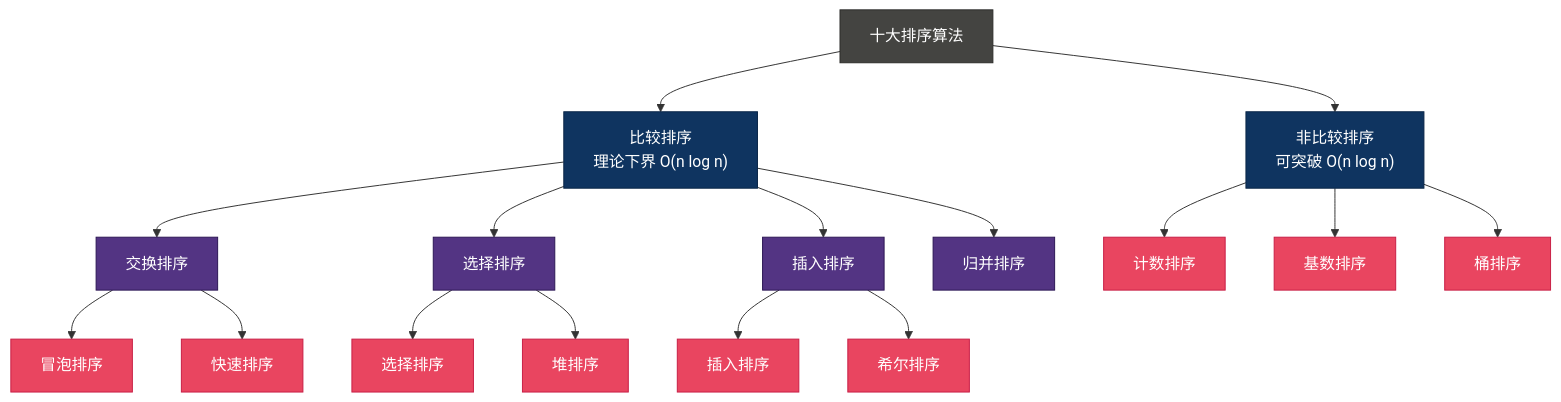
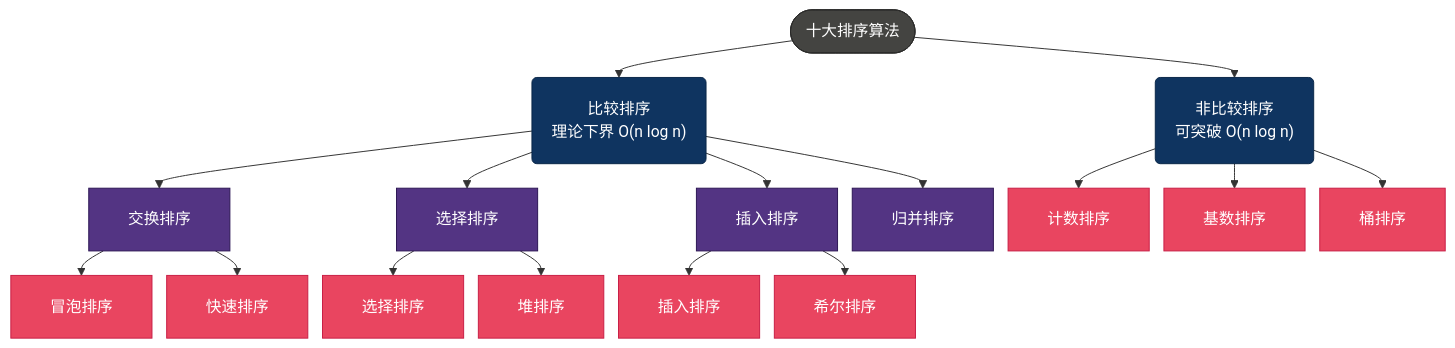
One commit to microwind/algorithms changed the second of 14 diagrams in sorting/AI-Era-Top-10-Sorting-Algorithms.md. Above: the diagram before and after it, drawn with Mermaid. The commit also changed other lines of this file and 3 other files, not shown here.

````diff
--- a/sorting/AI-Era-Top-10-Sorting-Algorithms.md
+++ b/sorting/AI-Era-Top-10-Sorting-Algorithms.md
@@ -62,32 +74,33 @@
 ```mermaid
+%%{init: {'flowchart': {'nodeSpacing': 15, 'rankSpacing': 25, 'padding': 20}}}%%
 graph TD
-    ROOT["十大排序算法"]
-    ROOT --> CMP["比较排序\n理论下界 O(n log n)"]
-    ROOT --> NCMP["非比较排序\n可突破 O(n log n)"]
+    ROOT(["十大排序算法"])
+    ROOT --> CMP("比较排序\n理论下界 O(n log n)")
+    ROOT --> NCMP("非比较排序\n可突破 O(n log n)")
 
     CMP --> SWAP["交换排序"]
     CMP --> SEL["选择排序"]
     CMP --> INS["插入排序"]
     CMP --> MRG["归并排序"]
 
     SWAP --> BUB["冒泡排序"]
     SWAP --> QCK["快速排序"]
     SEL --> SSEL["选择排序"]
     SEL --> HEAP["堆排序"]
     INS --> DINS["插入排序"]
     INS --> SHELL["希尔排序"]
 
     NCMP --> CNT["计数排序"]
     NCMP --> RDX["基数排序"]
     NCMP --> BKT["桶排序"]
 
     classDef root fill:#444441,stroke:#2C2C2A,color:#fff
     classDef cat fill:#0f3460,color:#fff,stroke:#0a2647
     classDef sub fill:#533483,color:#fff,stroke:#2c1654
     classDef leaf fill:#e94560,color:#fff,stroke:#c81e45
 
     class ROOT root
     class CMP,NCMP cat
     class SWAP,SEL,INS,MRG sub
     class BUB,QCK,SSEL,HEAP,DINS,SHELL,CNT,RDX,BKT leaf
 ```
````
